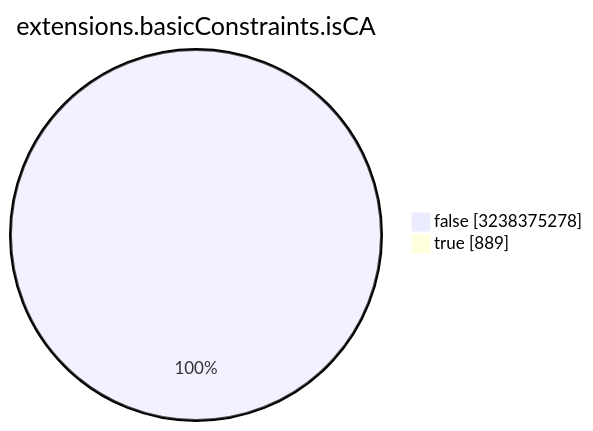
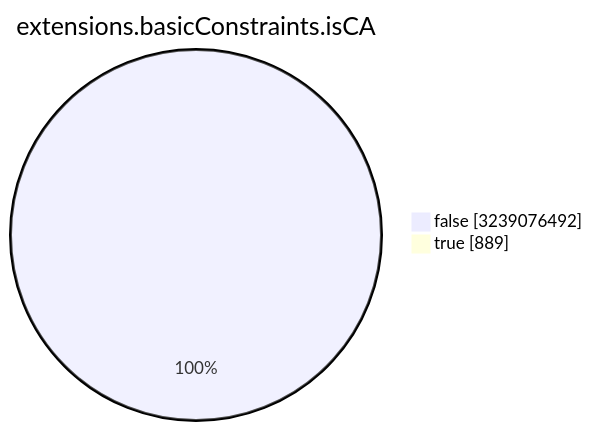
The seventh of 15 diagrams in TOTAL/README.md (christiankrug/ctmonitor_visualization), drawn with Mermaid before and after one commit. The commit also changed other lines of this file, not shown here.

````diff
--- a/TOTAL/README.md
+++ b/TOTAL/README.md
@@ -3088,6 +3088,6 @@
 ```mermaid
 pie showData
 title extensions.basicConstraints.isCA
-"false" :3238375278
+"false" :3239076492
 "true" :889
 ```
````
